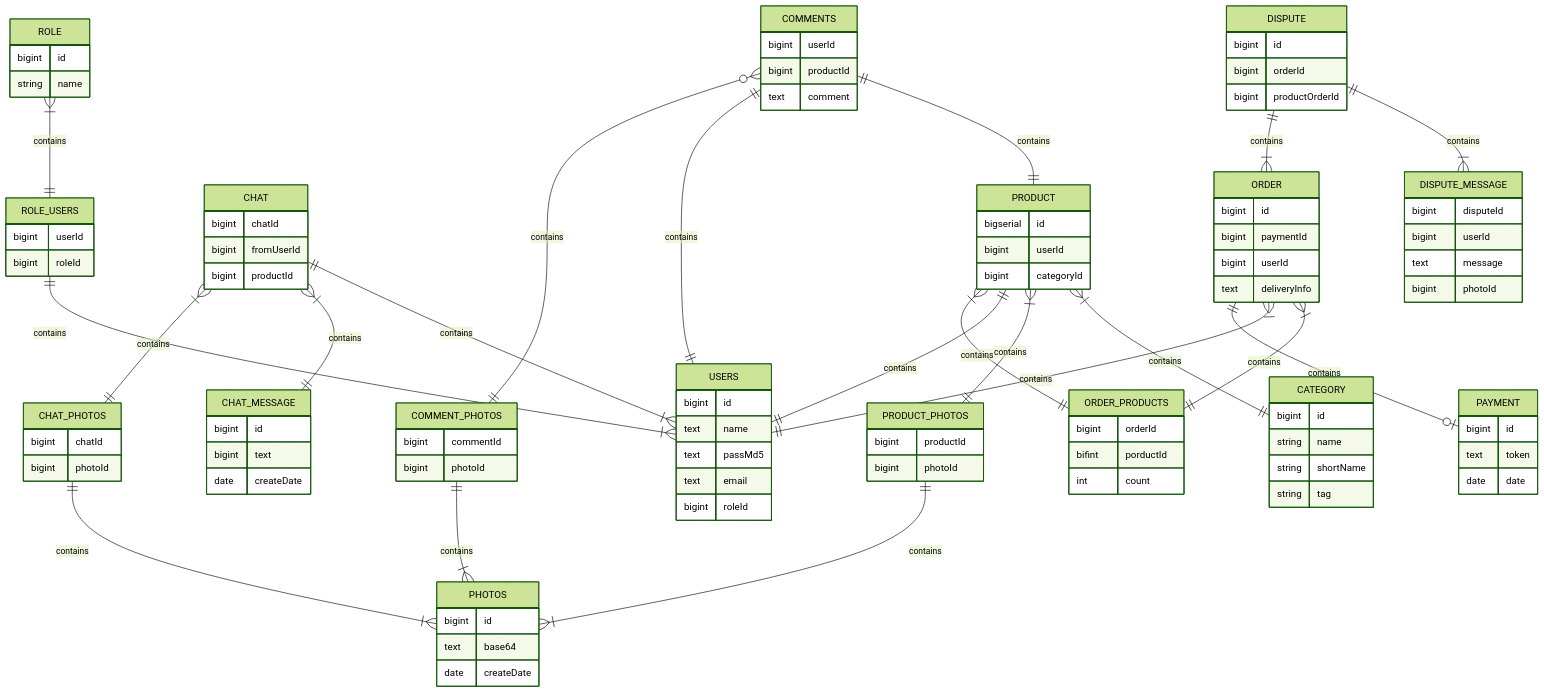
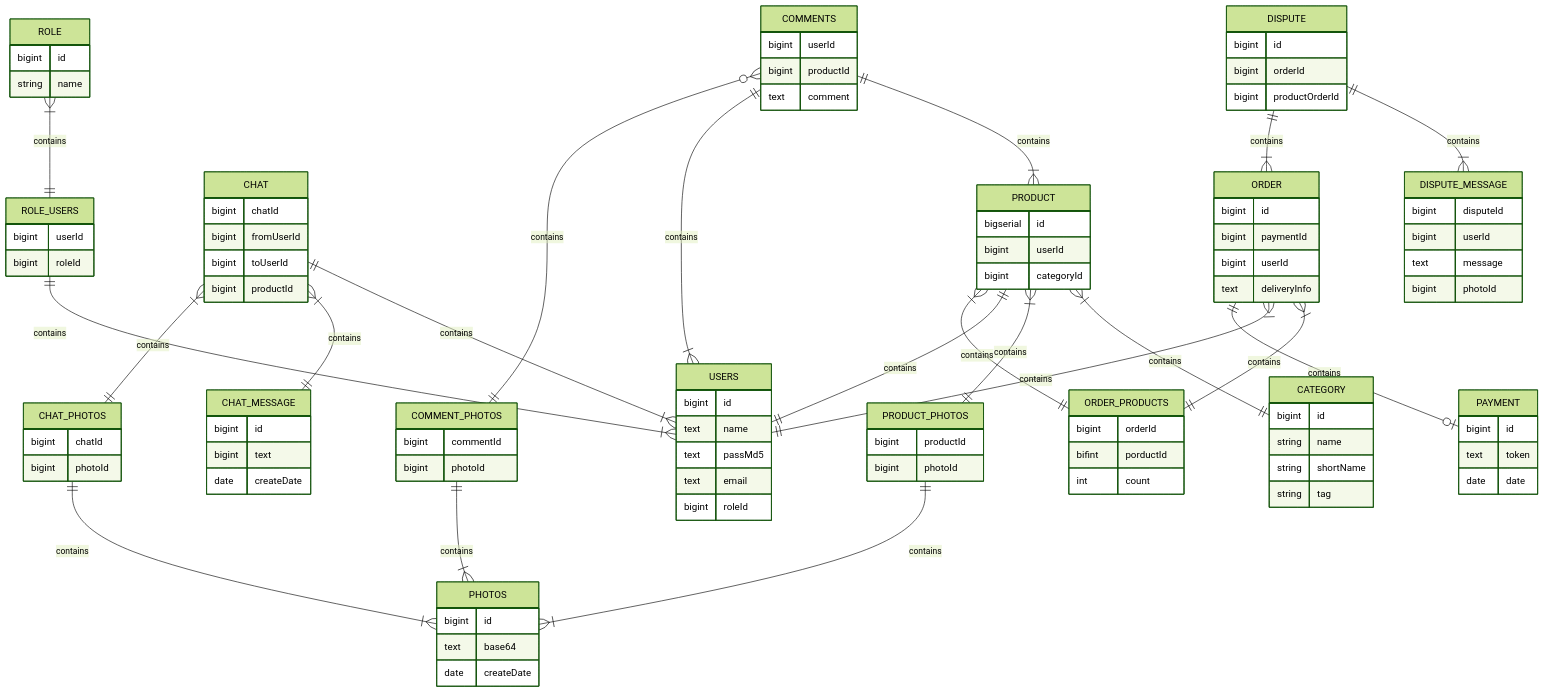
One commit to danila0sukhnyak/hps-store changed the diagram in README.md. Above: the diagram before and after it, drawn with Mermaid (forest theme).

```diff
--- a/README.md
+++ b/README.md
@@ -10,8 +10,8 @@
     PRODUCT_PHOTOS ||--|{ PHOTOS:  contains
     COMMENT_PHOTOS ||--|{ PHOTOS:  contains
 
-    COMMENTS ||--|| PRODUCT: contains
-    COMMENTS ||--|| USERS: contains
+    COMMENTS ||--|{ PRODUCT: contains
+    COMMENTS ||--|{ USERS: contains
     COMMENTS }O--|| COMMENT_PHOTOS: contains
 
     CHAT ||--|{ USERS: contains
@@ -84,6 +84,7 @@
     CHAT{
         bigint chatId
         bigint fromUserId
+        bigint toUserId
         bigint productId
     }
     CHAT_MESSAGE{
```
